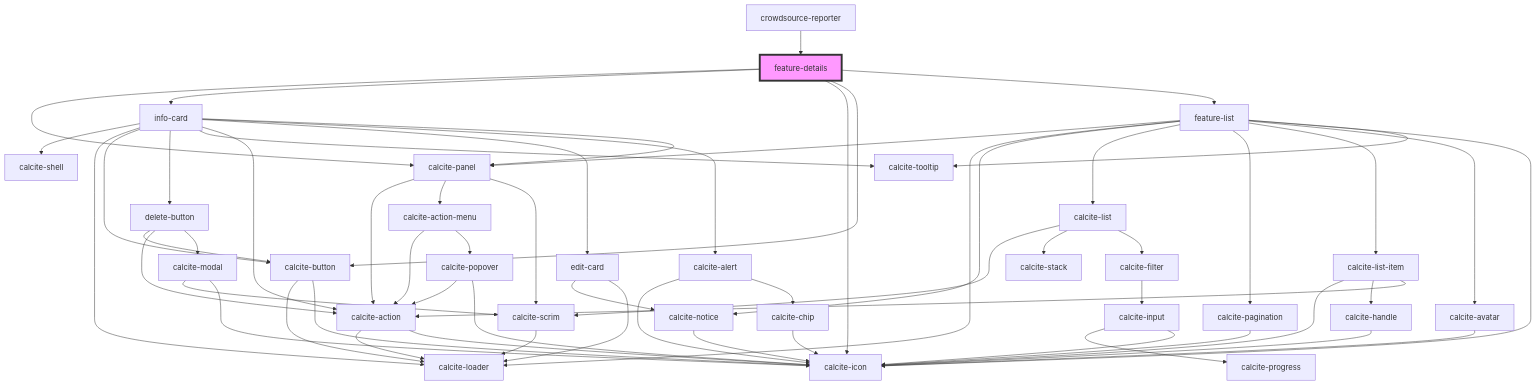
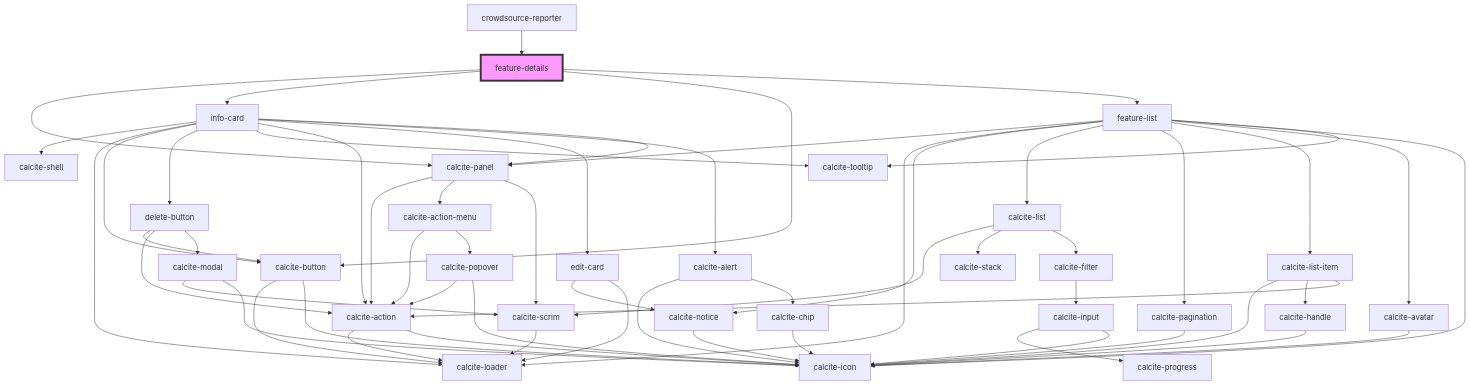
The diagram in src/components/feature-details/readme.md (Esri/solutions-components), drawn with Mermaid before and after one commit. The commit also changed other lines of this file and 8 other files, not shown here.

````diff
--- a/src/components/feature-details/readme.md
+++ b/src/components/feature-details/readme.md
@@ -92,63 +93,62 @@
 ```mermaid
 graph TD;
   feature-details --> calcite-panel
   feature-details --> info-card
-  feature-details --> calcite-icon
   feature-details --> calcite-button
   feature-details --> feature-list
   calcite-panel --> calcite-action
   calcite-panel --> calcite-action-menu
   calcite-panel --> calcite-scrim
   calcite-action --> calcite-loader
   calcite-action --> calcite-icon
   calcite-action-menu --> calcite-action
   calcite-action-menu --> calcite-popover
   calcite-popover --> calcite-action
   calcite-popover --> calcite-icon
   calcite-scrim --> calcite-loader
   info-card --> calcite-shell
   info-card --> calcite-loader
   info-card --> calcite-button
   info-card --> delete-button
   info-card --> calcite-tooltip
   info-card --> calcite-action
   info-card --> edit-card
   info-card --> calcite-alert
   info-card --> calcite-panel
   calcite-button --> calcite-loader
   calcite-button --> calcite-icon
   delete-button --> calcite-button
   delete-button --> calcite-action
   delete-button --> calcite-modal
   calcite-modal --> calcite-scrim
   calcite-modal --> calcite-icon
   edit-card --> calcite-notice
   edit-card --> calcite-loader
   calcite-notice --> calcite-icon
   calcite-alert --> calcite-icon
   calcite-alert --> calcite-chip
   calcite-chip --> calcite-icon
   feature-list --> calcite-panel
   feature-list --> calcite-loader
   feature-list --> calcite-notice
   feature-list --> calcite-list
   feature-list --> calcite-pagination
   feature-list --> calcite-list-item
   feature-list --> calcite-avatar
   feature-list --> calcite-icon
   feature-list --> calcite-tooltip
   calcite-list --> calcite-scrim
   calcite-list --> calcite-stack
   calcite-list --> calcite-filter
   calcite-filter --> calcite-input
   calcite-input --> calcite-progress
   calcite-input --> calcite-icon
   calcite-pagination --> calcite-icon
   calcite-list-item --> calcite-icon
   calcite-list-item --> calcite-handle
   calcite-list-item --> calcite-action
   calcite-handle --> calcite-icon
   calcite-avatar --> calcite-icon
   crowdsource-reporter --> feature-details
   style feature-details fill:#f9f,stroke:#333,stroke-width:4px
 ```
````
